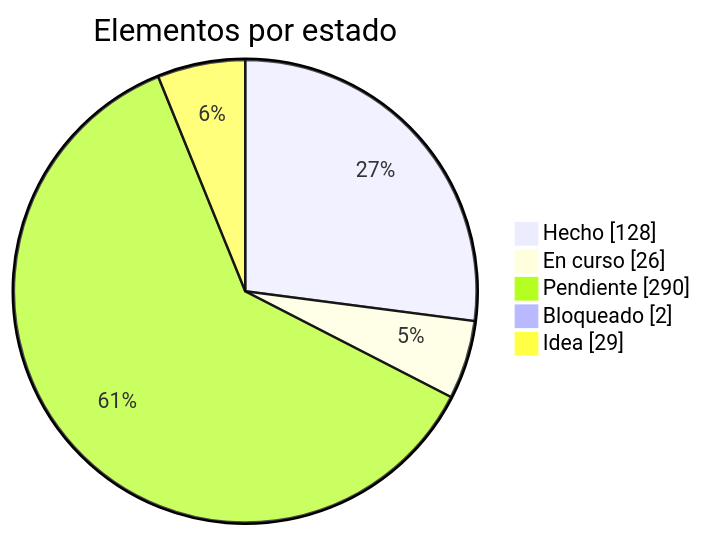
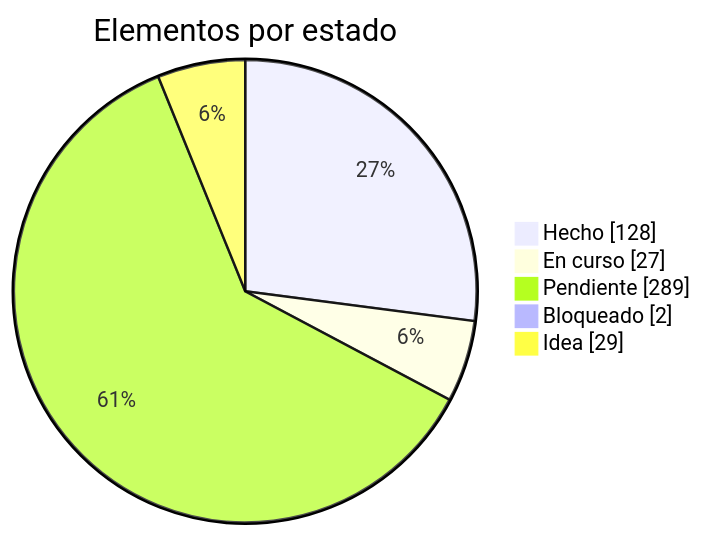
The first of 2 diagrams in docs/roadmap.md (dariogea/BM27), drawn with Mermaid before and after one commit. The commit also changed other lines of this file and 10 other files, not shown here.

````diff
--- a/docs/roadmap.md
+++ b/docs/roadmap.md
@@ -13,8 +13,8 @@
 ```mermaid
 pie showData title Elementos por estado
   "Hecho" : 128
-  "En curso" : 26
-  "Pendiente" : 290
+  "En curso" : 27
+  "Pendiente" : 289
   "Bloqueado" : 2
   "Idea" : 29
 ```
````
